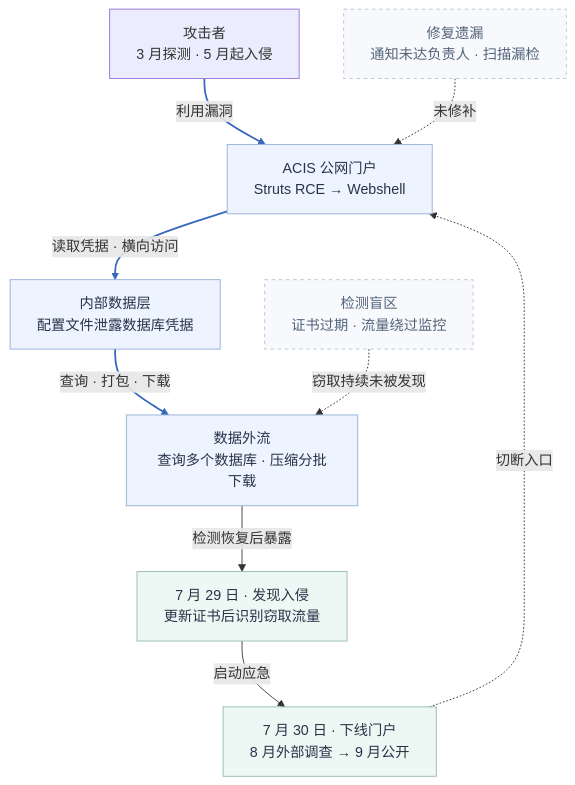
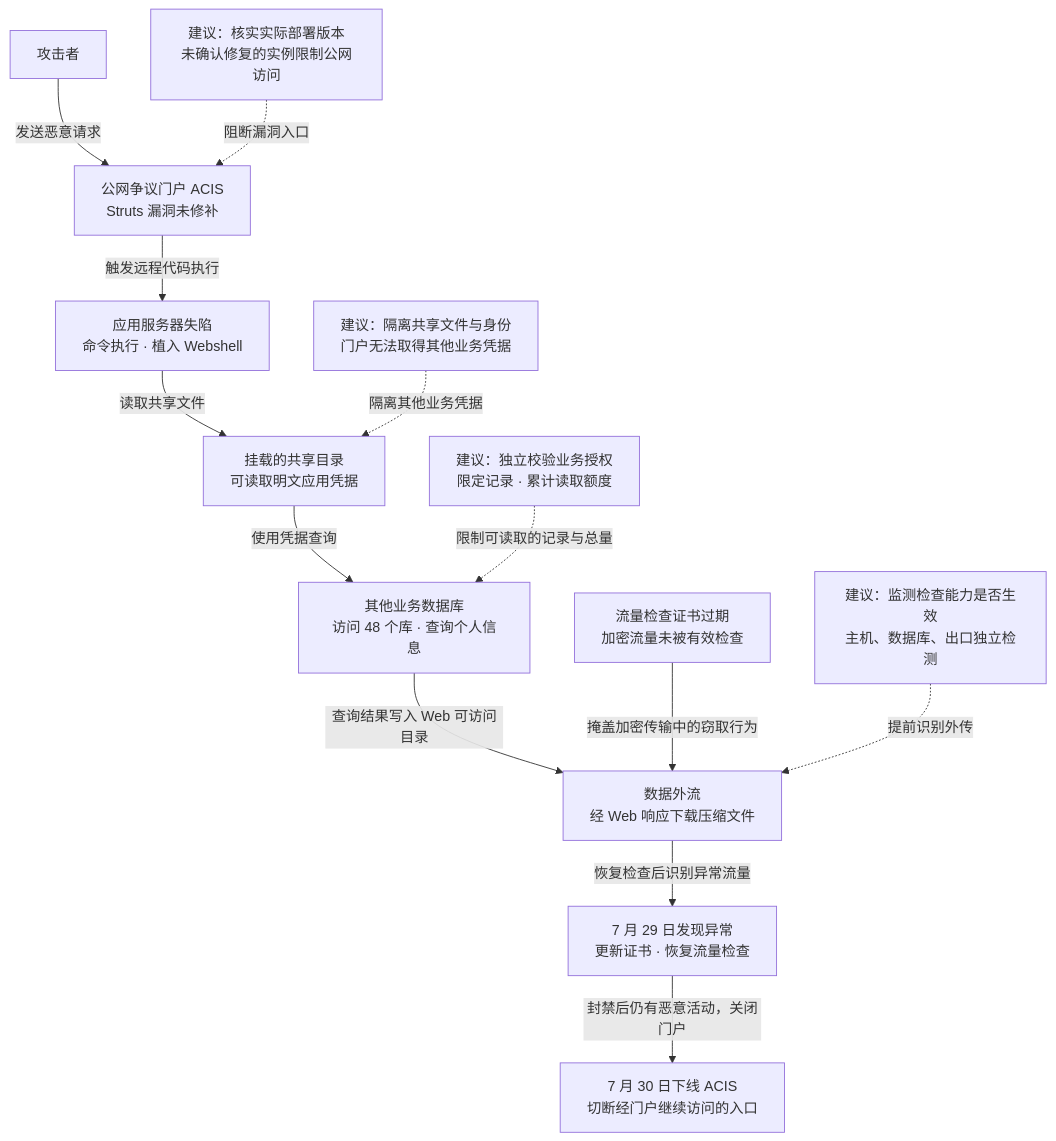
The diagram in docs/01-网络安全/01-网络空间安全/01-安全威胁/01-历史攻击事件/2017-Equifax数据泄露.md (FeeiCN/FEEI.CN), drawn with Mermaid before and after one commit. The commit also changed other lines of this file and 21 other files, not shown here.

````diff
--- a/docs/01-网络安全/01-网络空间安全/01-安全威胁/01-历史攻击事件/2017-Equifax数据泄露.md
+++ b/docs/01-网络安全/01-网络空间安全/01-安全威胁/01-历史攻击事件/2017-Equifax数据泄露.md
@@ -18,28 +21,36 @@
 ```mermaid
 flowchart TB
-  attacker["攻击者<br/>3 月探测 · 5 月起入侵"]
-  patch["修复遗漏<br/>通知未达负责人 · 扫描漏检"]
-  portal["ACIS 公网门户<br/>Struts RCE → Webshell"]
-  db["内部数据层<br/>配置文件泄露数据库凭据"]
-  stolen["数据外流<br/>查询多个数据库 · 压缩分批下载"]
-  blind["检测盲区<br/>证书过期 · 流量绕过监控"]
-  detect["7 月 29 日 · 发现入侵<br/>更新证书后识别窃取流量"]
-  response["7 月 30 日 · 下线门户<br/>8 月外部调查 → 9 月公开"]
+  accTitle: Equifax 数据窃取路径与阻断位置
+  accDescr: 攻击者利用未修补的 Struts 漏洞控制争议门户，读取共享凭据，查询其他数据库并下载数据。流量检查证书失效使加密流量未被有效检查，更新证书后发现异常并下线门户。虚线从本文建议指向其可阻断或检测的攻击步骤。
 
-  attacker -->|利用漏洞| portal
-  portal -->|读取凭据 · 横向访问| db
-  db -->|查询 · 打包 · 下载| stolen
-  stolen -->|检测恢复后暴露| detect
-  detect -->|启动应急| response
-  patch -. 未修补 .-> portal
-  blind -. 窃取持续未被发现 .-> stolen
-  response -. 切断入口 .-> portal
+  attacker["攻击者"]
+  portal["公网争议门户 ACIS<br/>Struts 漏洞未修补"]
+  shell["应用服务器失陷<br/>命令执行 · 植入 Webshell"]
+  credentials["挂载的共享目录<br/>可读取明文应用凭据"]
+  data["其他业务数据库<br/>访问 48 个库 · 查询个人信息"]
+  exfil["数据外流<br/>经 Web 响应下载压缩文件"]
+  blind["流量检查证书过期<br/>加密流量未被有效检查"]
+  detect["7 月 29 日发现异常<br/>更新证书 · 恢复流量检查"]
+  offline["7 月 30 日下线 ACIS<br/>切断经门户继续访问的入口"]
+  patchControl["建议：核实实际部署版本<br/>未确认修复的实例限制公网访问"]
+  credentialControl["建议：隔离共享文件与身份<br/>门户无法取得其他业务凭据"]
+  dataControl["建议：独立校验业务授权<br/>限定记录 · 累计读取额度"]
+  detectionControl["建议：监测检查能力是否生效<br/>主机、数据库、出口独立检测"]
 
-  classDef main fill:#edf3ff,stroke:#91add7,color:#273449
-  classDef note fill:#f7f9fc,stroke:#b9c4d3,color:#53647a,stroke-dasharray:4 4
-  classDef response fill:#edf7f3,stroke:#93bbac,color:#273449
-  class portal,db,stolen main
-  class patch,blind note
-  class detect,response response
-  linkStyle 0,1,2 stroke:#3767bc,stroke-width:2
+  attacker -->|发送恶意请求| portal
+  portal -->|触发远程代码执行| shell
+  shell -->|读取共享文件| credentials
+  credentials -->|使用凭据查询| data
+  data -->|查询结果写入 Web 可访问目录| exfil
+  blind -->|掩盖加密传输中的窃取行为| exfil
+  exfil -->|恢复检查后识别异常流量| detect
+  detect -->|封禁后仍有恶意活动，关闭门户| offline
+  patchControl -. 阻断漏洞入口 .-> portal
+  credentialControl -. 隔离其他业务凭据 .-> credentials
+  dataControl -. 限制可读取的记录与总量 .-> data
+  detectionControl -. 提前识别外传 .-> exfil
+
+  class portal,shell,credentials,data,exfil main
+  class patchControl,credentialControl,dataControl,detectionControl note
+  class detect,offline response
 ```
````
